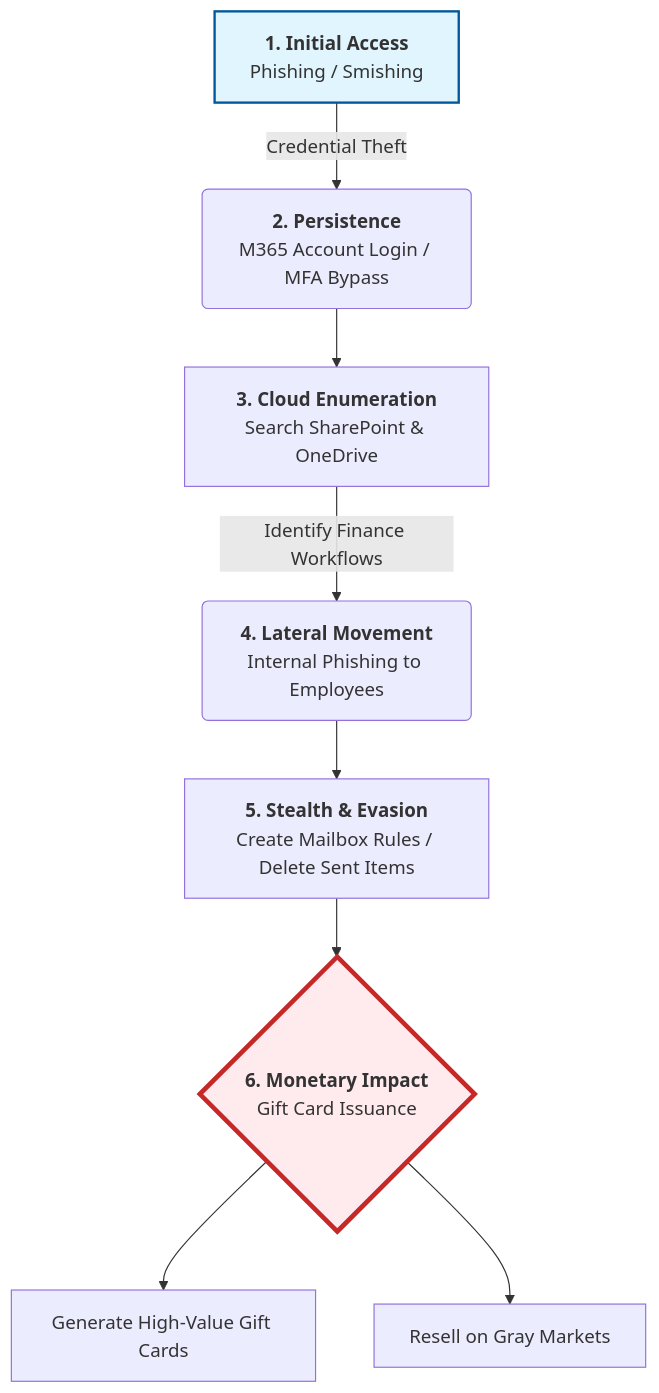
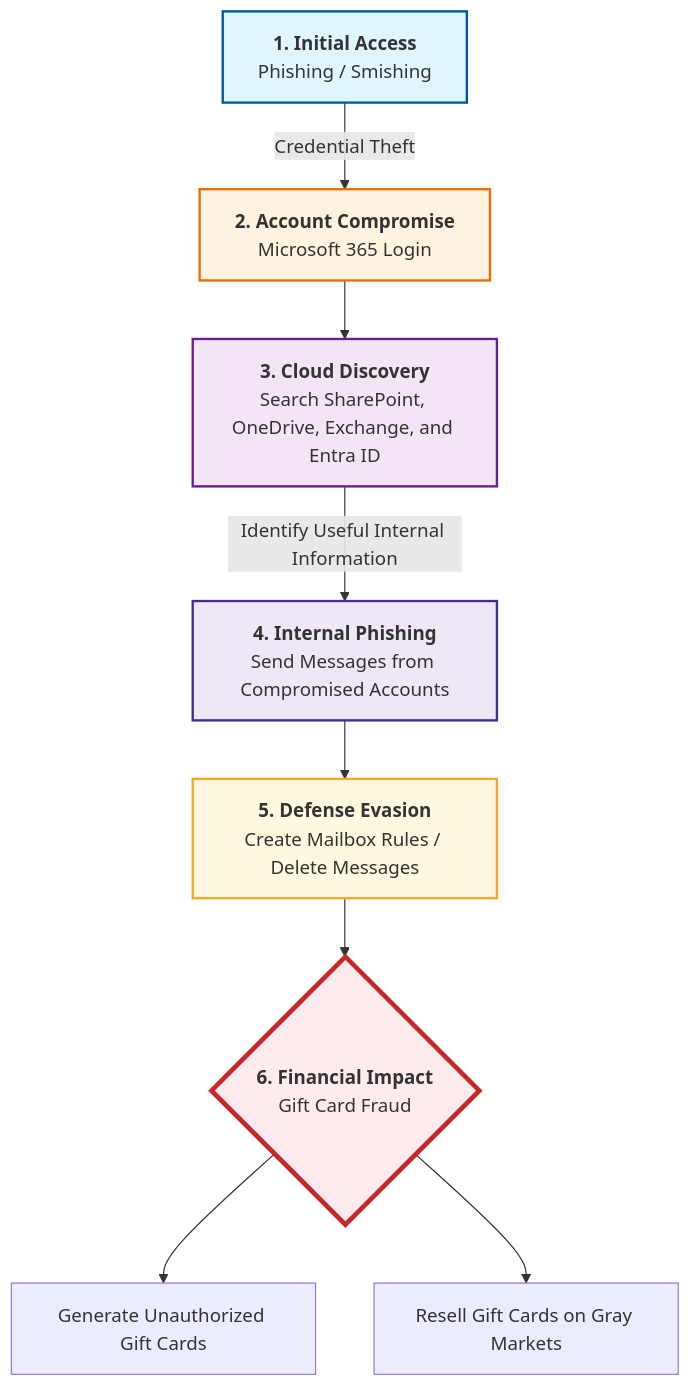
One commit to Daniel23sh/AI-CyberSecurity changed the diagram in Lab1/lab1.md. Above: the diagram before and after it, drawn with Mermaid. The commit also changed other lines of this file, not shown here.

````diff
--- a/Lab1/lab1.md
+++ b/Lab1/lab1.md
@@ -19,21 +35,20 @@
 ```mermaid
 graph TD
-    %% Phase 1: Initial Access
-    A[<b>1. Initial Access</b><br/>Phishing / Smishing] -->|Credential Theft| B(<b>2. Persistence</b><br/>M365 Account Login / MFA Bypass)
-    
-    %% Phase 2: Reconnaissance
-    B --> C[<b>3. Cloud Enumeration</b><br/>Search SharePoint & OneDrive]
-    C -->|Identify Finance Workflows| D(<b>4. Lateral Movement</b><br/>Internal Phishing to Employees)
+    A[<b>1. Initial Access</b><br/>Phishing / Smishing] -->|Credential Theft| B[<b>2. Account Compromise</b><br/>Microsoft 365 Login]
 
-    %% Phase 3: Defense Evasion
-    D --> E[<b>5. Stealth & Evasion</b><br/>Create Mailbox Rules / Delete Sent Items]
-    
-    %% Phase 4: Final Impact
-    E --> F{<b>6. Monetary Impact</b><br/>Gift Card Issuance}
-    F --> G[Generate High-Value Gift Cards]
-    F --> H[Resell on Gray Markets]
+    B --> C[<b>3. Cloud Discovery</b><br/>Search SharePoint, OneDrive, Exchange, and Entra ID]
+    C -->|Identify Useful Internal Information| D[<b>4. Internal Phishing</b><br/>Send Messages from Compromised Accounts]
 
-    %% Styles
+    D --> E[<b>5. Defense Evasion</b><br/>Create Mailbox Rules / Delete Messages]
+
+    E --> F{<b>6. Financial Impact</b><br/>Gift Card Fraud}
+    F --> G[Generate Unauthorized Gift Cards]
+    F --> H[Resell Gift Cards on Gray Markets]
+
     style A fill:#e1f5fe,stroke:#01579b,stroke-width:2px
+    style B fill:#fff3e0,stroke:#ef6c00,stroke-width:2px
+    style C fill:#f3e5f5,stroke:#6a1b9a,stroke-width:2px
+    style D fill:#ede7f6,stroke:#4527a0,stroke-width:2px
+    style E fill:#fff8e1,stroke:#f9a825,stroke-width:2px
     style F fill:#ffebee,stroke:#c62828,stroke-width:4px
 ```
````
